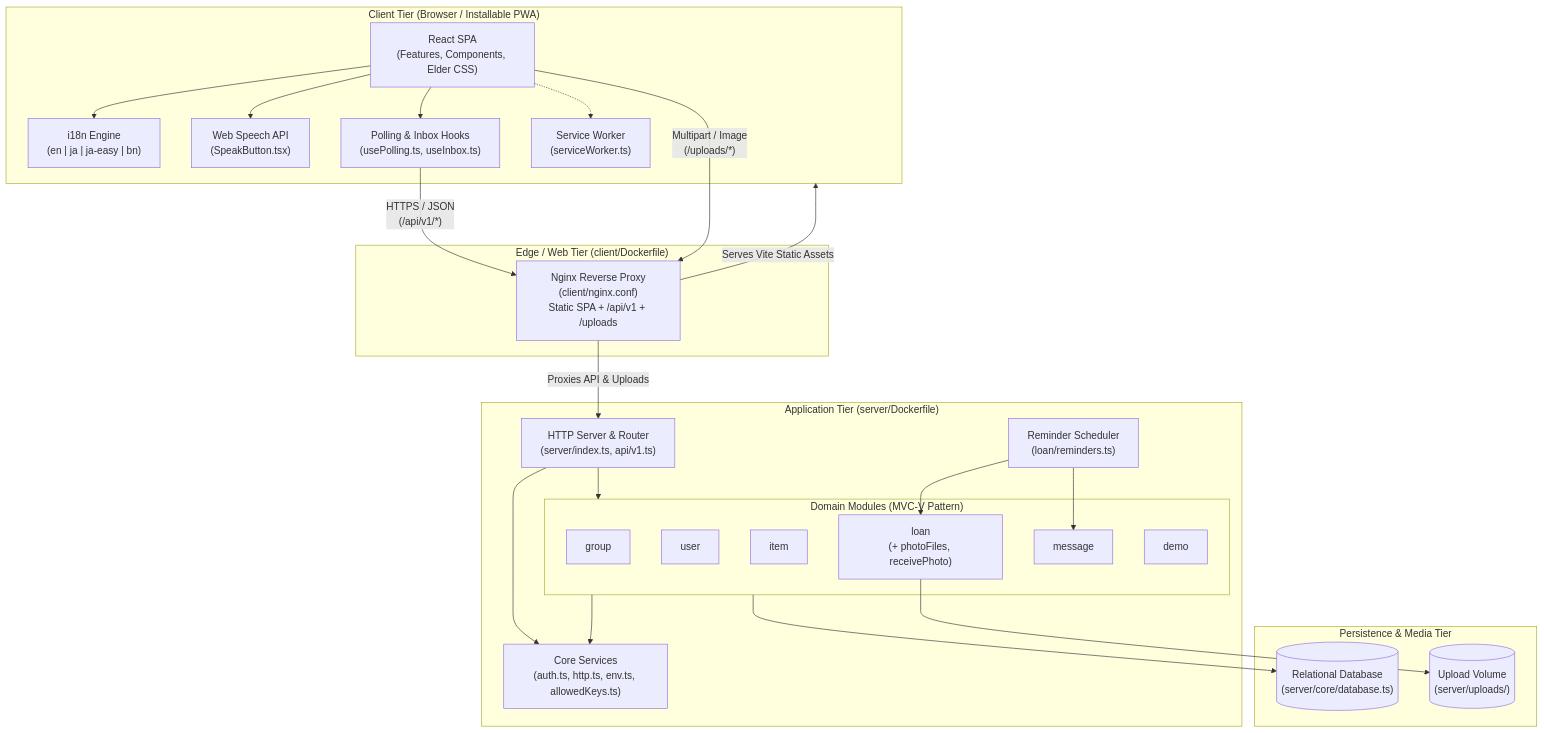
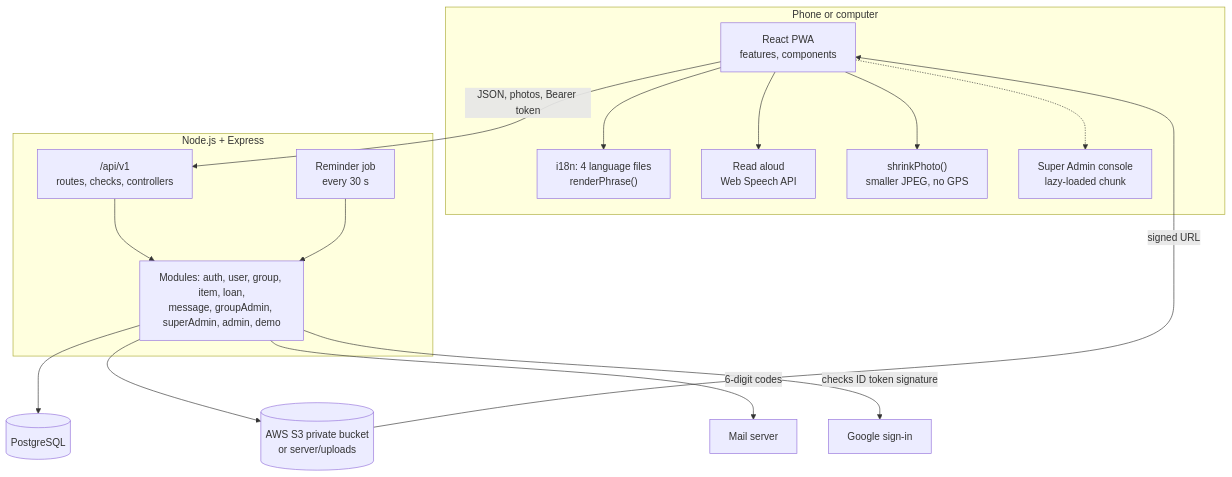
The first of 22 diagrams in System_Design.md (MdLabib355/otonari), drawn with Mermaid before and after one commit. The commit also changed other lines of this file, not shown here.

````diff
--- a/System_Design.md
+++ b/System_Design.md
@@ -21,50 +28,31 @@
 ```mermaid
 flowchart TB
-    subgraph ClientTier["Client Tier (Browser / Installable PWA)"]
-        UI["React SPA\n(Features, Components, Elder CSS)"]
-        I18N["i18n Engine\n(en | ja | ja-easy | bn)"]
-        TTS["Web Speech API\n(SpeakButton.tsx)"]
-        POLL["Polling & Inbox Hooks\n(usePolling.ts, useInbox.ts)"]
-        SW["Service Worker\n(serviceWorker.ts)"]
-        UI --> I18N
-        UI --> TTS
-        UI --> POLL
-        UI -.-> SW
-    end
-
-    subgraph EdgeTier["Edge / Web Tier (client/Dockerfile)"]
-        NGINX["Nginx Reverse Proxy\n(client/nginx.conf)\nStatic SPA + /api/v1 + /uploads"]
-    end
-
-    subgraph AppTier["Application Tier (server/Dockerfile)"]
-        ENTRY["HTTP Server & Router\n(server/index.ts, api/v1.ts)"]
-        CORE["Core Services\n(auth.ts, http.ts, env.ts, allowedKeys.ts)"]
-        subgraph Modules["Domain Modules (MVC-V Pattern)"]
-            M_GRP["group"]
-            M_USR["user"]
-            M_ITM["item"]
-            M_LON["loan\n(+ photoFiles, receivePhoto)"]
-            M_MSG["message"]
-            M_DEM["demo"]
-        end
-        REM["Reminder Scheduler\n(loan/reminders.ts)"]
-
-        ENTRY --> CORE
-        ENTRY --> Modules
-        Modules --> CORE
-        REM --> M_LON
-        REM --> M_MSG
-    end
-
-    subgraph StorageTier["Persistence & Media Tier"]
-        DB[("Relational Database\n(server/core/database.ts)")]
-        FS[("Upload Volume\n(server/uploads/)")]
-    end
-
-    POLL -- "HTTPS / JSON\n(/api/v1/*)" --> NGINX
-    UI -- "Multipart / Image\n(/uploads/*)" --> NGINX
-    NGINX -- "Serves Vite Static Assets" --> ClientTier
-    NGINX -- "Proxies API & Uploads" --> ENTRY
-    Modules --> DB
-    M_LON --> FS
+  subgraph Device["Phone or computer"]
+    UI["React PWA<br/>features, components"]
+    I18N["i18n: 4 language files<br/>renderPhrase()"]
+    TTS["Read aloud<br/>Web Speech API"]
+    SHRINK["shrinkPhoto()<br/>smaller JPEG, no GPS"]
+    SA["Super Admin console<br/>lazy-loaded chunk"]
+    UI --> I18N
+    UI --> TTS
+    UI --> SHRINK
+    UI -.-> SA
+  end
+  subgraph Server["Node.js + Express"]
+    API["/api/v1<br/>routes, checks, controllers"]
+    MOD["Modules: auth, user, group, item, loan,<br/>message, groupAdmin, superAdmin, admin, demo"]
+    REM["Reminder job<br/>every 30 s"]
+    API --> MOD
+    REM --> MOD
+  end
+  DB[("PostgreSQL")]
+  S3[("AWS S3 private bucket<br/>or server/uploads")]
+  SMTP["Mail server"]
+  GOOGLE["Google sign-in"]
+  UI -->|"JSON, photos, Bearer token"| API
+  MOD --> DB
+  MOD --> S3
+  MOD -->|"6-digit codes"| SMTP
+  MOD -->|"checks ID token signature"| GOOGLE
+  S3 -->|"signed URL"| UI
 ```
````
